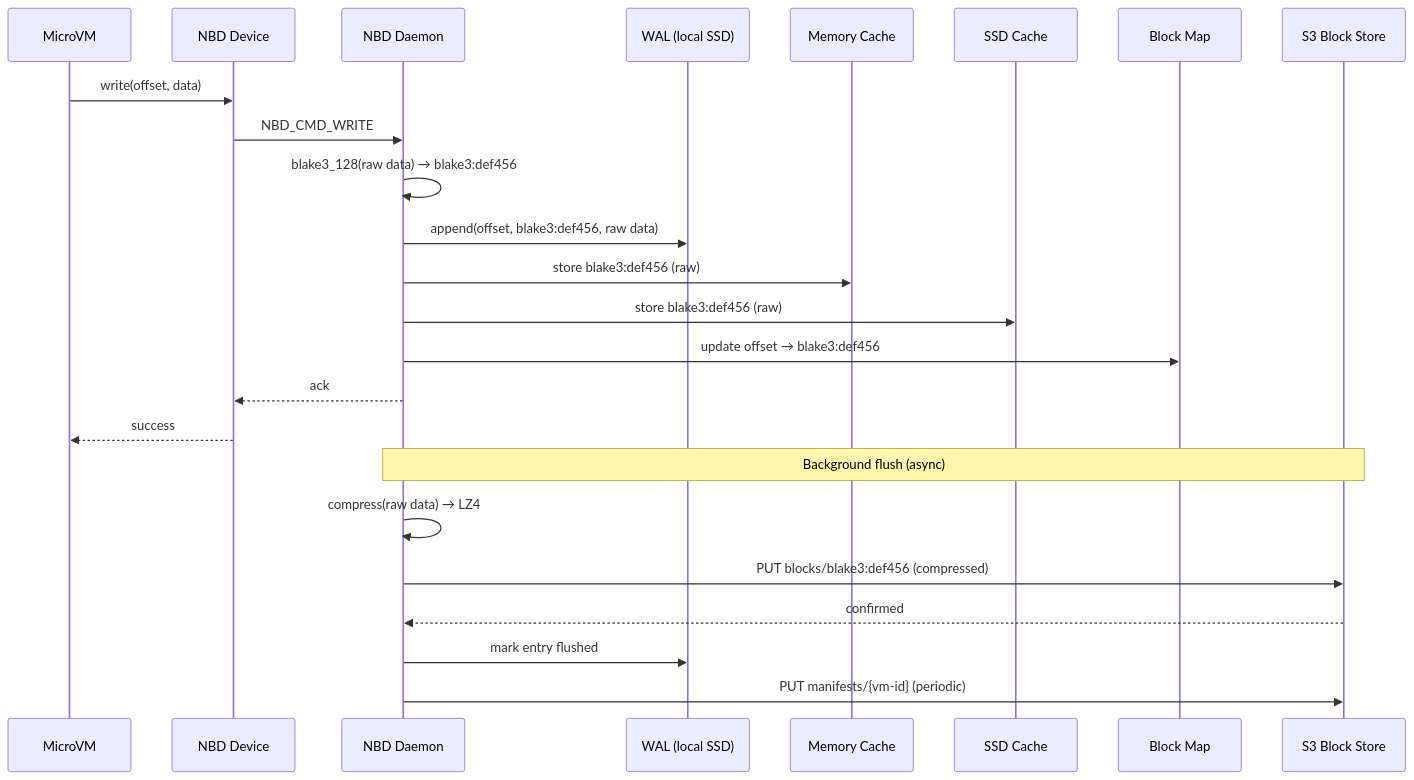
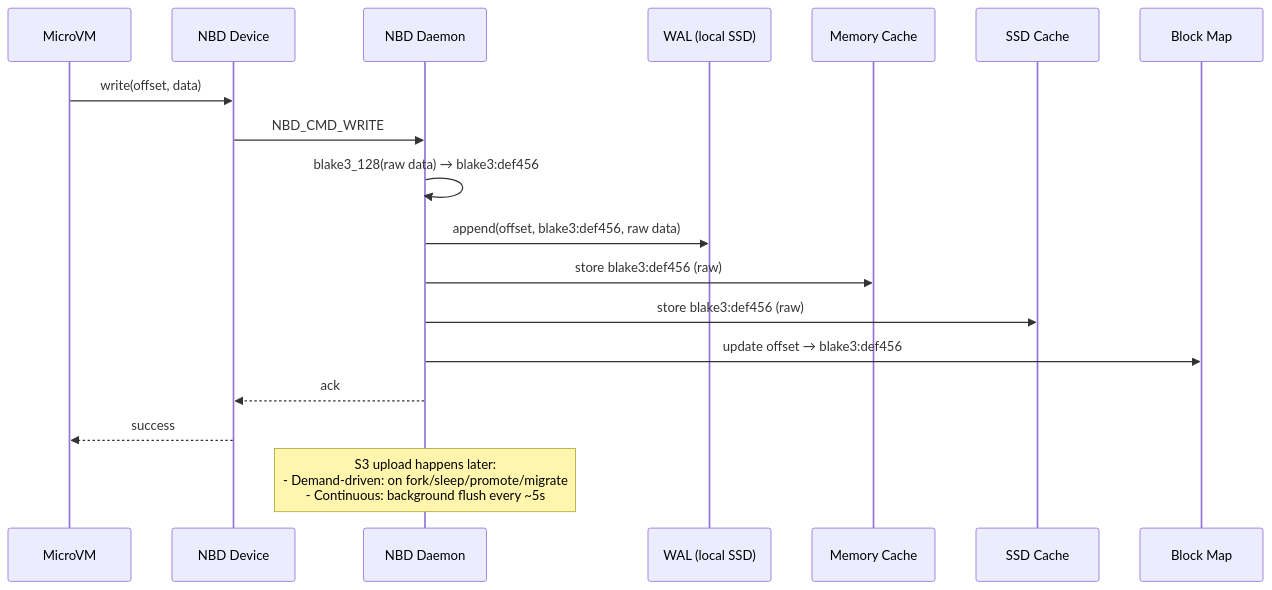
The sixth of 13 diagrams in GLIDEv2.md (paraglidehq/glidefs), drawn with Mermaid before and after one commit. The commit also changed other lines of this file, not shown here.

````diff
--- a/GLIDEv2.md
+++ b/GLIDEv2.md
@@ -144,28 +315,22 @@
 ```mermaid
 sequenceDiagram
     participant VM as MicroVM
     participant NBD as NBD Device
     participant D as NBD Daemon
     participant WAL as WAL (local SSD)
     participant MC as Memory Cache
     participant SC as SSD Cache
     participant M as Block Map
-    participant S3 as S3 Block Store
 
     VM->>NBD: write(offset, data)
     NBD->>D: NBD_CMD_WRITE
     D->>D: blake3_128(raw data) → blake3:def456
     D->>WAL: append(offset, blake3:def456, raw data)
     D->>MC: store blake3:def456 (raw)
     D->>SC: store blake3:def456 (raw)
     D->>M: update offset → blake3:def456
     D-->>NBD: ack
     NBD-->>VM: success
 
-    Note over D,S3: Background flush (async)
-    D->>D: compress(raw data) → LZ4
-    D->>S3: PUT blocks/blake3:def456 (compressed)
-    S3-->>D: confirmed
-    D->>WAL: mark entry flushed
-    D->>S3: PUT manifests/{vm-id} (periodic)
+    Note over D: S3 upload happens later:<br/>- Demand-driven: on fork/sleep/promote/migrate<br/>- Continuous: background flush every ~5s
 ```
````
